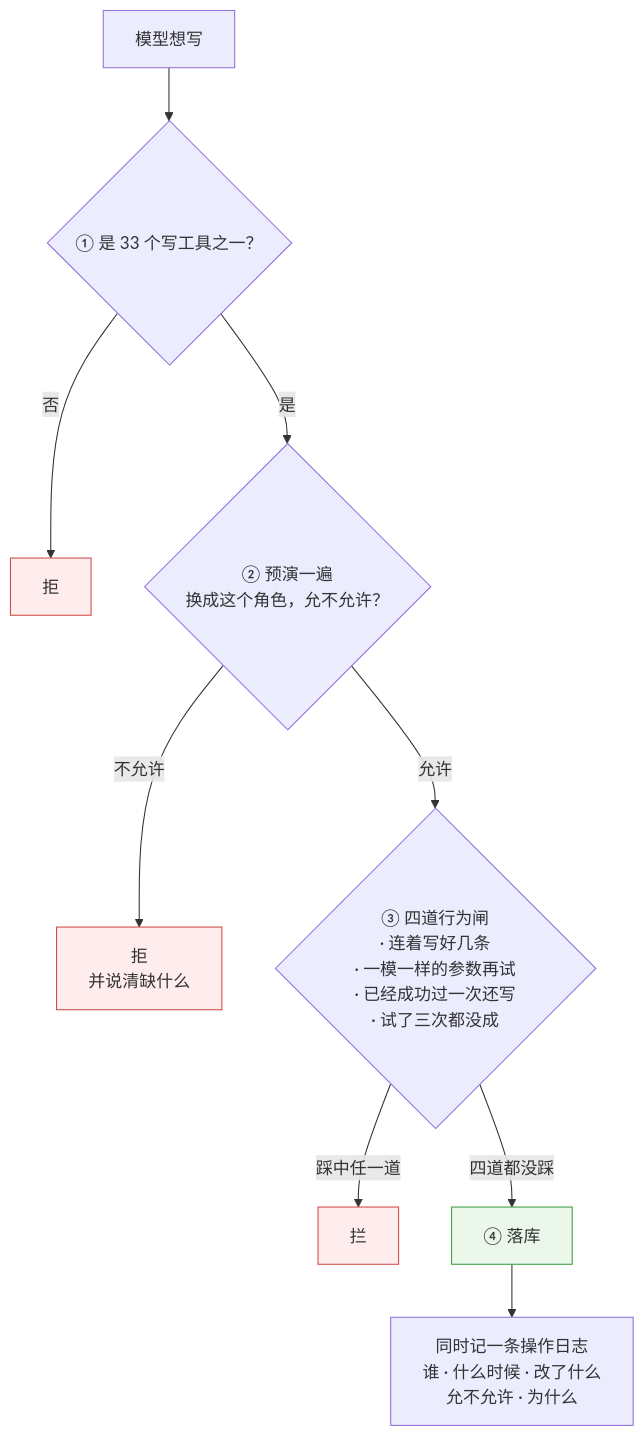
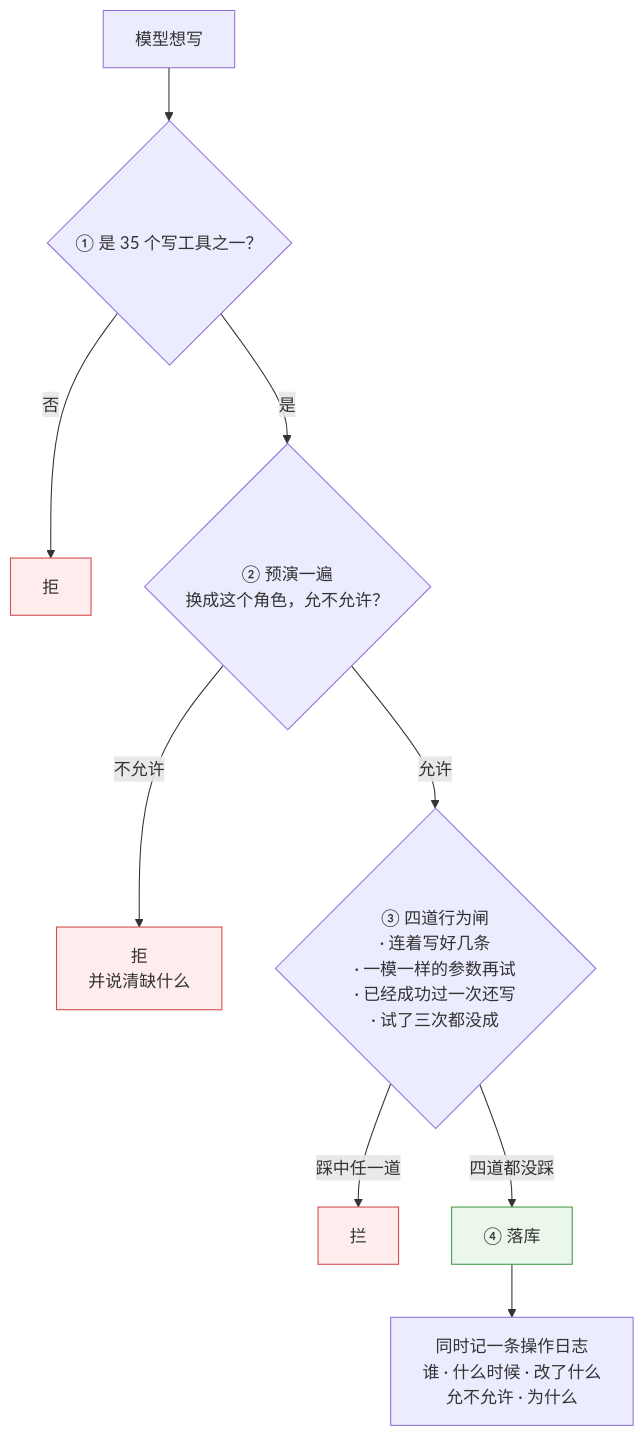
Before and after one commit to 843773296-rgb/lanxiu-yunshang-agent: the second of 3 diagrams in 澜绣云裳agent-产品说明.md, drawn with Mermaid. The commit also changed other lines of this file and 23 other files, not shown here.

````diff
--- a/澜绣云裳agent-产品说明.md
+++ b/澜绣云裳agent-产品说明.md
@@ -321,16 +324,16 @@
 ```mermaid
 flowchart TD
-    A["模型想写"] --> B{"① 是 33 个写工具之一？"}
+    A["模型想写"] --> B{"① 是 35 个写工具之一？"}
     B -- 否 --> X1["拒"]
     B -- 是 --> C{"② 预演一遍<br/>换成这个角色，允不允许？"}
     C -- 不允许 --> X2["拒<br/>并说清缺什么"]
     C -- 允许 --> D{"③ 四道行为闸<br/>· 连着写好几条<br/>· 一模一样的参数再试<br/>· 已经成功过一次还写<br/>· 试了三次都没成"}
     D -- "踩中任一道" --> X3["拦"]
     D -- "四道都没踩" --> E["④ 落库"]
     E --> F["同时记一条操作日志<br/>谁 · 什么时候 · 改了什么<br/>允不允许 · 为什么"]
 
     style X1 fill:#ffecec,stroke:#d24a4a
     style X2 fill:#ffecec,stroke:#d24a4a
     style X3 fill:#ffecec,stroke:#d24a4a
     style E fill:#eaf7ea,stroke:#3f9c42
 ```
````
